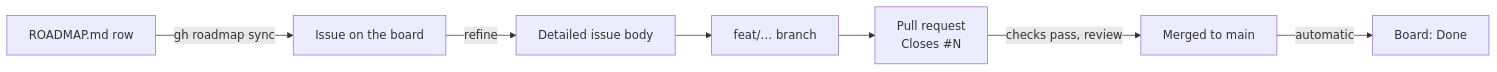
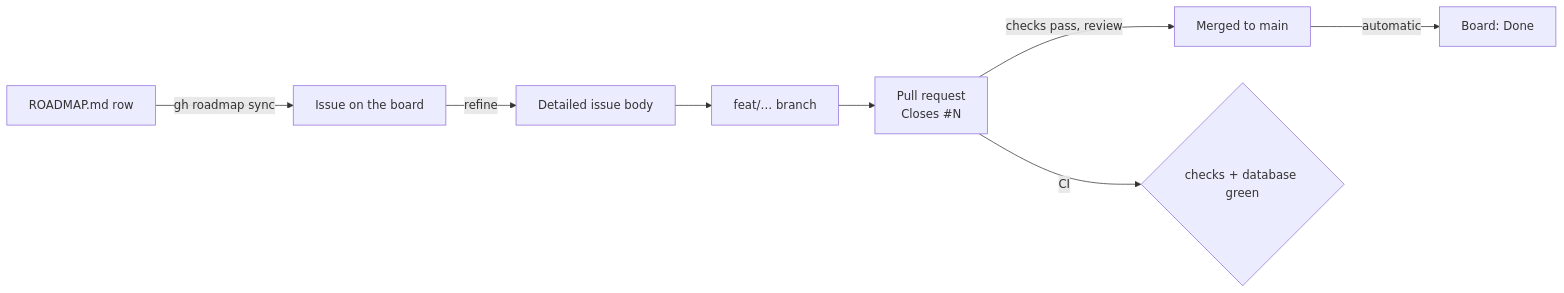
The diagram in docs/process/workflow.md (DevAgassi/flower-network), drawn with Mermaid before and after one commit. The commit also changed other lines of this file and 9 other files, not shown here.

````diff
--- a/docs/process/workflow.md
+++ b/docs/process/workflow.md
@@ -12,7 +12,8 @@
 ```mermaid
 flowchart LR
   roadmap[ROADMAP.md row] -->|gh roadmap sync| issue[Issue on the board]
   issue -->|refine| detailed[Detailed issue body]
   detailed --> branch[feat/… branch] --> pr["Pull request<br/>Closes #N"] -->|checks pass, review| main[Merged to main]
+  pr -->|CI| ci{checks + database green}
   main -->|automatic| done[Board: Done]
 ```
````
